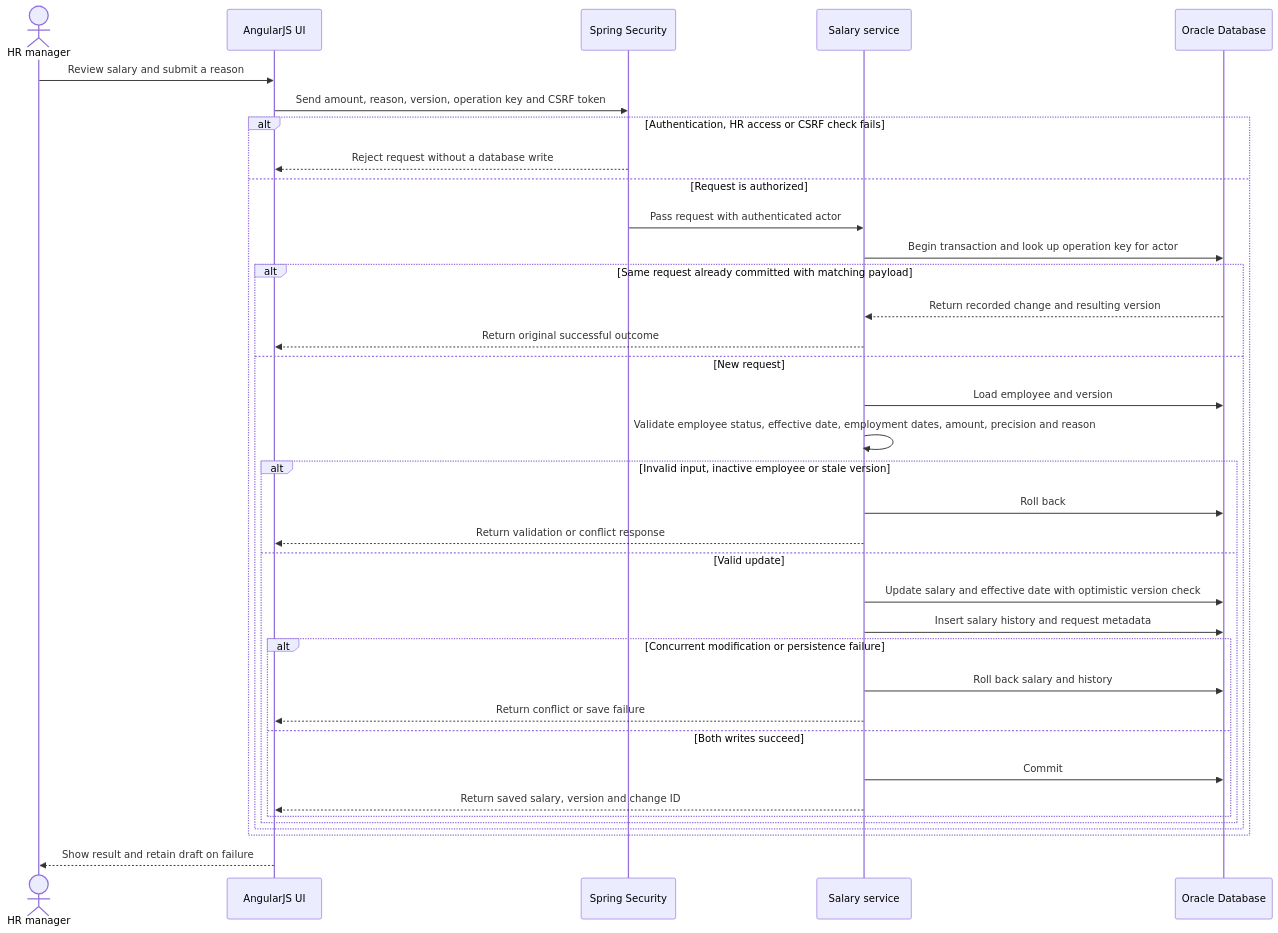
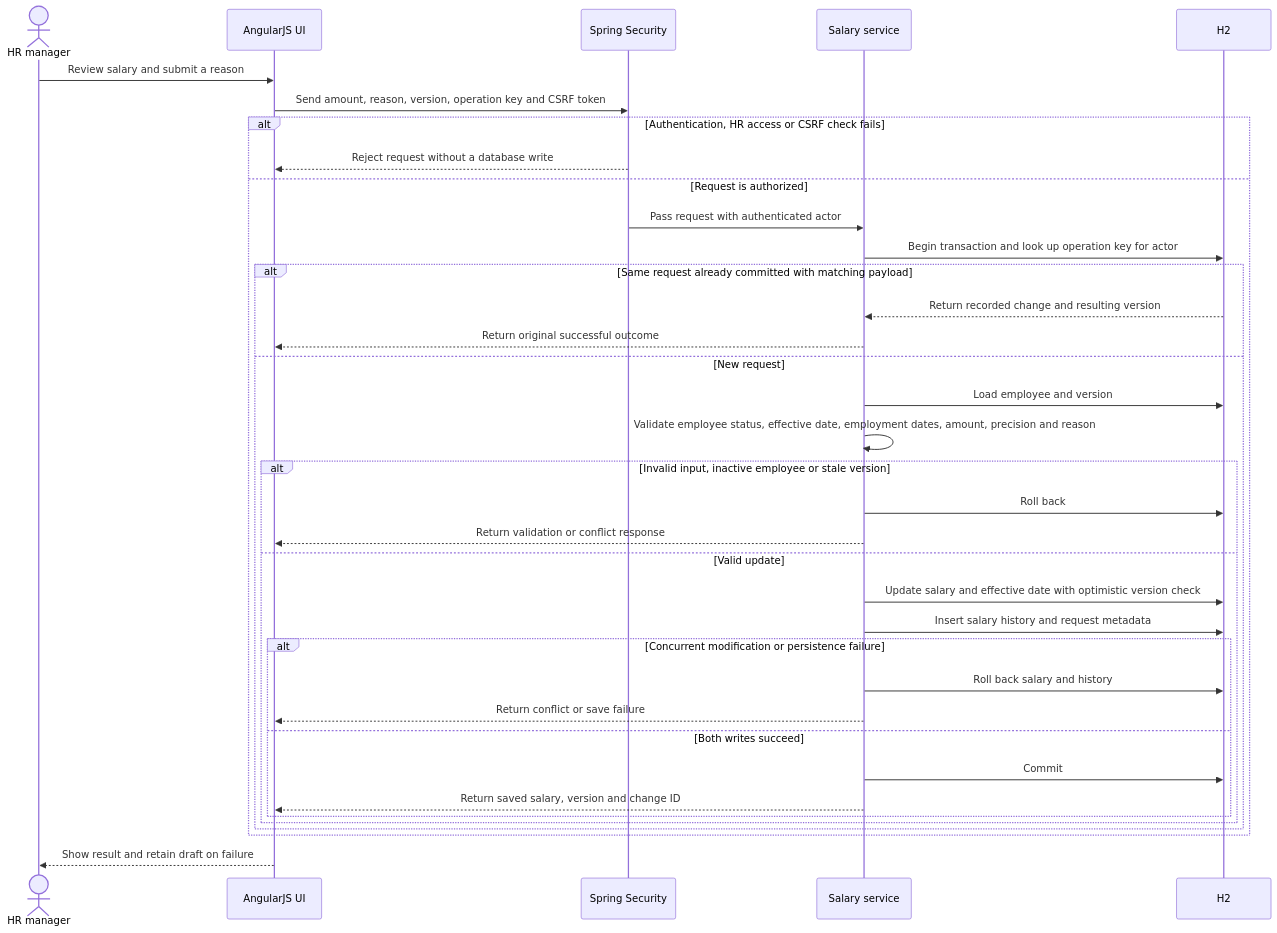
The third of 3 diagrams in docs/technical-design.md (Rohit442/salary-management), drawn with Mermaid before and after one commit. The commit also changed other lines of this file and 27 other files, not shown here.

````diff
--- a/docs/technical-design.md
+++ b/docs/technical-design.md
@@ -171,39 +171,39 @@
 ```mermaid
 sequenceDiagram
     actor HR as HR manager
     participant UI as AngularJS UI
     participant SEC as Spring Security
     participant SVC as Salary service
-    participant DB as Oracle Database
+    participant DB as H2
 
     HR->>UI: Review salary and submit a reason
     UI->>SEC: Send amount, reason, version, operation key and CSRF token
     alt Authentication, HR access or CSRF check fails
         SEC-->>UI: Reject request without a database write
     else Request is authorized
         SEC->>SVC: Pass request with authenticated actor
         SVC->>DB: Begin transaction and look up operation key for actor
         alt Same request already committed with matching payload
             DB-->>SVC: Return recorded change and resulting version
             SVC-->>UI: Return original successful outcome
         else New request
             SVC->>DB: Load employee and version
             SVC->>SVC: Validate employee status, effective date, employment dates, amount, precision and reason
             alt Invalid input, inactive employee or stale version
                 SVC->>DB: Roll back
                 SVC-->>UI: Return validation or conflict response
             else Valid update
                 SVC->>DB: Update salary and effective date with optimistic version check
                 SVC->>DB: Insert salary history and request metadata
                 alt Concurrent modification or persistence failure
                     SVC->>DB: Roll back salary and history
                     SVC-->>UI: Return conflict or save failure
                 else Both writes succeed
                     SVC->>DB: Commit
                     SVC-->>UI: Return saved salary, version and change ID
                 end
             end
         end
     end
     UI-->>HR: Show result and retain draft on failure
 ```
````
